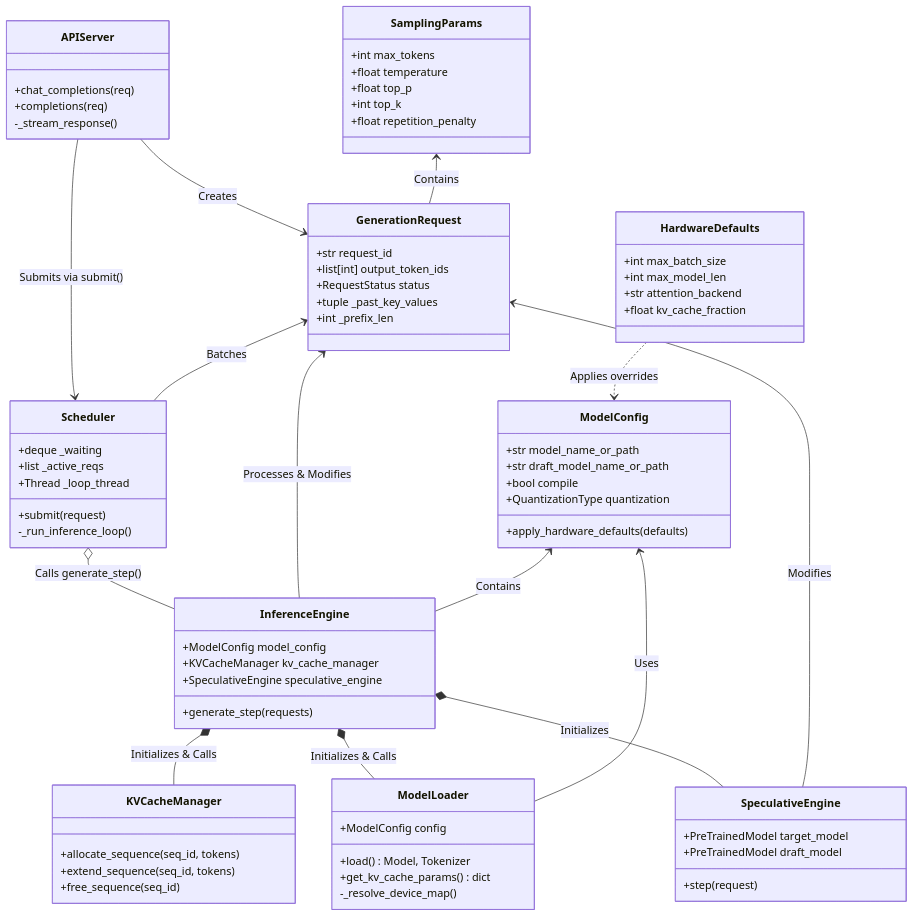
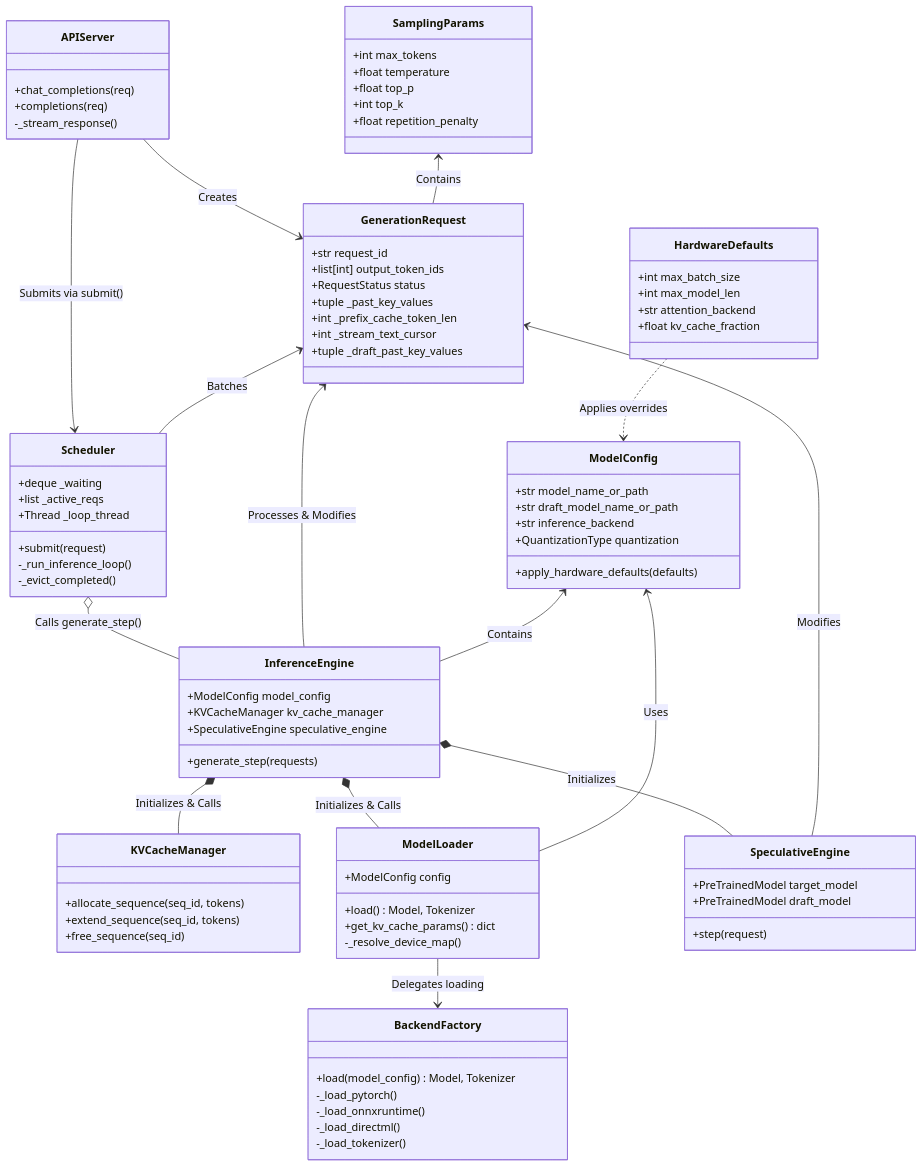
One commit to adervark/wLLM changed the fourth of 4 diagrams in documentation/Architecture.md. Above: the diagram before and after it, drawn with Mermaid. The commit also changed other lines of this file and 33 other files, not shown here.

```diff
--- a/documentation/Architecture.md
+++ b/documentation/Architecture.md
@@ -161,7 +164,7 @@
     class ModelConfig {
         +str model_name_or_path
         +str draft_model_name_or_path
-        +bool compile
+        +str inference_backend
         +QuantizationType quantization
         +apply_hardware_defaults(defaults)
     }
@@ -179,7 +182,9 @@
         +list[int] output_token_ids
         +RequestStatus status
         +tuple _past_key_values
-        +int _prefix_len
+        +int _prefix_cache_token_len
+        +int _stream_text_cursor
+        +tuple _draft_past_key_values
     }
 
     class HardwareDefaults {
@@ -203,6 +208,7 @@
         +Thread _loop_thread
         +submit(request)
         -_run_inference_loop()
+        -_evict_completed()
     }
     
     class KVCacheManager {
@@ -239,6 +245,16 @@
     InferenceEngine *-- SpeculativeEngine : Initializes
     Scheduler o-- InferenceEngine : Calls generate_step()
     
+    class BackendFactory {
+        +load(model_config) Model, Tokenizer
+        -_load_pytorch()
+        -_load_onnxruntime()
+        -_load_directml()
+        -_load_tokenizer()
+    }
+    
+    ModelLoader --> BackendFactory : Delegates loading
+    
     %% API entry point
     class APIServer {
         +chat_completions(req)
```
